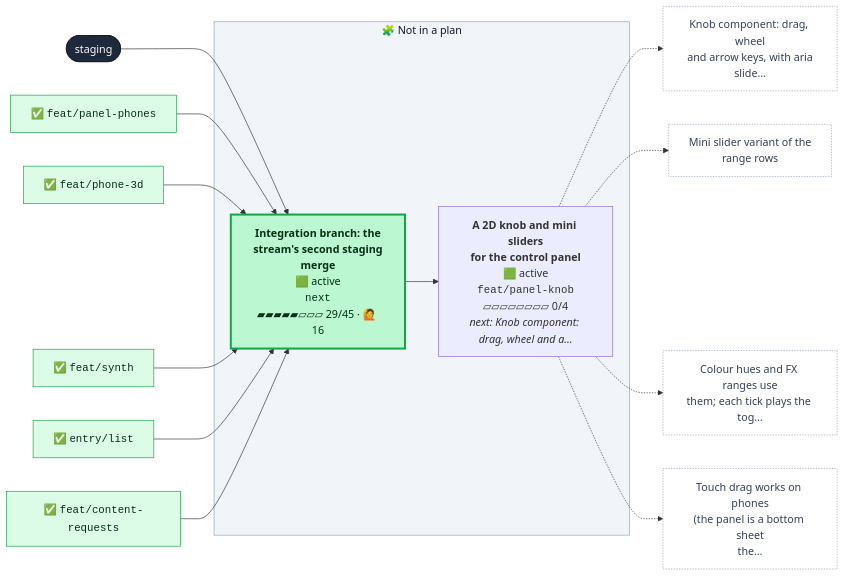
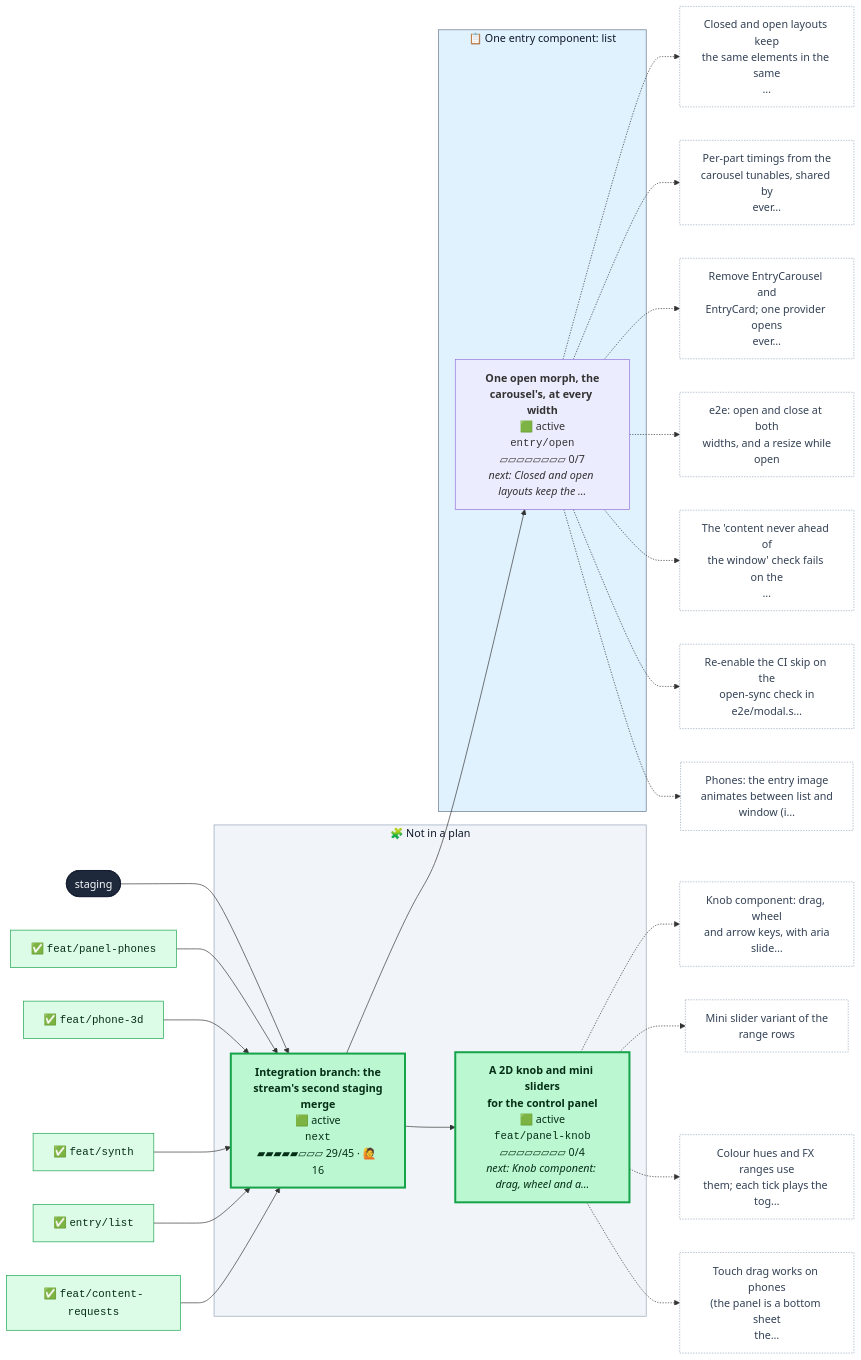
One commit to henryjonescodes/portfolio changed the first of 2 diagrams in CONTRIBUTING.md. Above: the diagram before and after it, drawn with Mermaid. The commit also changed other lines of this file and 1 other file, not shown here.

````diff
--- a/CONTRIBUTING.md
+++ b/CONTRIBUTING.md
@@ -16,50 +16,77 @@
 ```mermaid
 flowchart LR
   n_staging([staging])
   class n_staging trunk
+  subgraph plan_0["📋 One entry component: list"]
+    n_entry_open["<b>One open morph, the<br/>carousel's, at every width</b><br/>🟩 active<br/><code>entry/open</code><br/>▱▱▱▱▱▱▱▱ 0/7<br/><i>next: Closed and open layouts keep the …</i>"]
+    class n_entry_open active,current
+  end
+  style plan_0 fill:#e0f2fe,stroke:#64748b,color:#0f172a
   subgraph loose["🧩 Not in a plan"]
     n_feat_panel_knob["<b>A 2D knob and mini sliders<br/>for the control panel</b><br/>🟩 active<br/><code>feat/panel-knob</code><br/>▱▱▱▱▱▱▱▱ 0/4<br/><i>next: Knob component: drag, wheel and a…</i>"]
-    class n_feat_panel_knob active,current
+    class n_feat_panel_knob active
     n_next["<b>Integration branch: the<br/>stream's second staging<br/>merge</b><br/>🟩 active<br/><code>next</code><br/>▰▰▰▰▰▱▱▱ 29/45 · 🙋 16"]
     class n_next active
   end
   style loose fill:#f1f5f9,stroke:#94a3b8,color:#0f172a
+  n_next --> n_entry_open
   n_next --> n_feat_panel_knob
   n_staging --> n_next
+  n_entry_open_t0["Closed and open layouts keep<br/>the same elements in the same<br/>…"]
+  class n_entry_open_t0 todo
+  n_entry_open -.-> n_entry_open_t0
+  n_entry_open_t1["Per-part timings from the<br/>carousel tunables, shared by<br/>ever…"]
+  class n_entry_open_t1 todo
+  n_entry_open -.-> n_entry_open_t1
+  n_entry_open_t2["Remove EntryCarousel and<br/>EntryCard; one provider opens<br/>ever…"]
+  class n_entry_open_t2 todo
+  n_entry_open -.-> n_entry_open_t2
+  n_entry_open_t3["e2e: open and close at both<br/>widths, and a resize while<br/>open"]
+  class n_entry_open_t3 todo
+  n_entry_open -.-> n_entry_open_t3
+  n_entry_open_t4["The 'content never ahead of<br/>the window' check fails on the<br/>…"]
+  class n_entry_open_t4 todo
+  n_entry_open -.-> n_entry_open_t4
+  n_entry_open_t5["Re-enable the CI skip on the<br/>open-sync check in<br/>e2e/modal.s…"]
+  class n_entry_open_t5 todo
+  n_entry_open -.-> n_entry_open_t5
+  n_entry_open_t6["Phones: the entry image<br/>animates between list and<br/>window (i…"]
+  class n_entry_open_t6 todo
+  n_entry_open -.-> n_entry_open_t6
   n_feat_panel_knob_t0["Knob component: drag, wheel<br/>and arrow keys, with aria<br/>slide…"]
   class n_feat_panel_knob_t0 todo
   n_feat_panel_knob -.-> n_feat_panel_knob_t0
   n_feat_panel_knob_t1["Mini slider variant of the<br/>range rows"]
   class n_feat_panel_knob_t1 todo
   n_feat_panel_knob -.-> n_feat_panel_knob_t1
   n_feat_panel_knob_t2["Colour hues and FX ranges use<br/>them; each tick plays the tog…"]
   class n_feat_panel_knob_t2 todo
   n_feat_panel_knob -.-> n_feat_panel_knob_t2
   n_feat_panel_knob_t3["Touch drag works on phones<br/>(the panel is a bottom sheet<br/>the…"]
   class n_feat_panel_knob_t3 todo
   n_feat_panel_knob -.-> n_feat_panel_knob_t3
   n_next_m0["✅ <code>feat/panel-phones</code>"]
   class n_next_m0 merged
   n_next_m0 --> n_next
   n_next_m1["✅ <code>feat/phone-3d</code>"]
   class n_next_m1 merged
   n_next_m1 --> n_next
   n_next_m2["✅ <code>feat/synth</code>"]
   class n_next_m2 merged
   n_next_m2 --> n_next
   n_next_m3["✅ <code>entry/list</code>"]
   class n_next_m3 merged
   n_next_m3 --> n_next
   n_next_m4["✅ <code>feat/content-requests</code>"]
   class n_next_m4 merged
   n_next_m4 --> n_next
   classDef merged fill:#dcfce7,stroke:#16a34a,color:#052e16
   classDef todo fill:#ffffff,stroke:#94a3b8,stroke-dasharray:2 2,color:#334155
   classDef planned fill:#c7d2fe,stroke:#4f46e5,color:#1e1b4b
   classDef sketched fill:#f8fafc,stroke:#64748b,stroke-dasharray:4 3,color:#334155
   classDef active fill:#bbf7d0,stroke:#16a34a,stroke-width:3px,color:#052e16
   classDef review fill:#fde68a,stroke:#d97706,stroke-width:3px,color:#451a03
   classDef blocked fill:#fecaca,stroke:#dc2626,stroke-width:3px,color:#450a0a
   classDef trunk fill:#1e293b,stroke:#0f172a,color:#f8fafc
   classDef current stroke:#0ea5e9,stroke-width:5px
 ```
````
